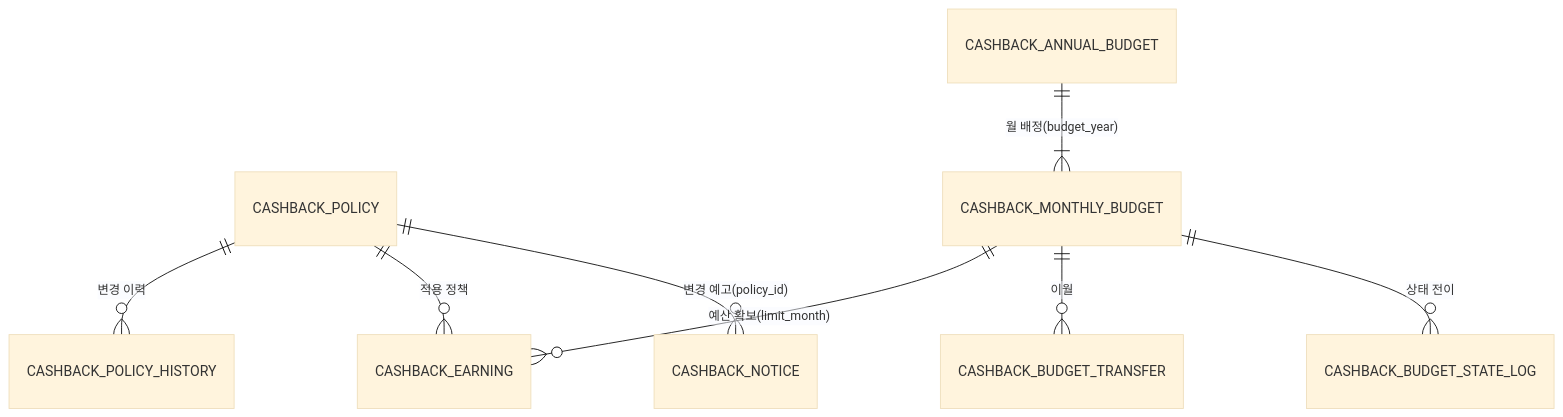
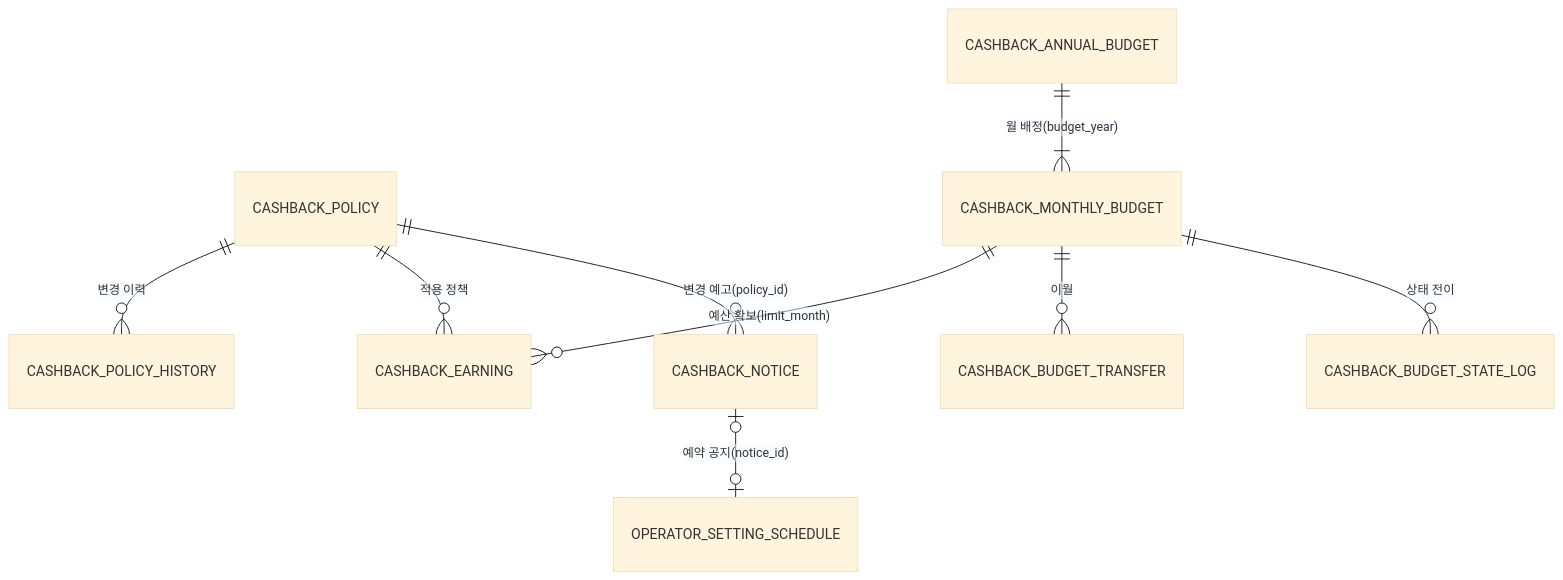
One commit to prgrms-be-devcourse/NBE12-14-final-HOT6 changed the diagram in docs/plan/cashback-mh-1118.md. Above: the diagram before and after it, drawn with Mermaid (base theme). The commit also changed other lines of this file, not shown here.

Commit message:
docs(cashback): 개별 기획서에 변경 공지와 한도 변경 예약을 반영한다 (#265)

````diff
--- a/docs/plan/cashback-mh-1118.md
+++ b/docs/plan/cashback-mh-1118.md
@@ -268,10 +286,11 @@
 ```mermaid
 erDiagram
   CASHBACK_POLICY ||--o{ CASHBACK_POLICY_HISTORY : "변경 이력"
   CASHBACK_POLICY ||--o{ CASHBACK_EARNING : "적용 정책"
   CASHBACK_ANNUAL_BUDGET ||--|{ CASHBACK_MONTHLY_BUDGET : "월 배정(budget_year)"
   CASHBACK_MONTHLY_BUDGET ||--o{ CASHBACK_EARNING : "예산 확보(limit_month)"
   CASHBACK_MONTHLY_BUDGET ||--o{ CASHBACK_BUDGET_TRANSFER : "이월"
   CASHBACK_MONTHLY_BUDGET ||--o{ CASHBACK_BUDGET_STATE_LOG : "상태 전이"
   CASHBACK_POLICY ||--o{ CASHBACK_NOTICE : "변경 예고(policy_id)"
+  CASHBACK_NOTICE |o--o| OPERATOR_SETTING_SCHEDULE : "예약 공지(notice_id)"
 ```
````
